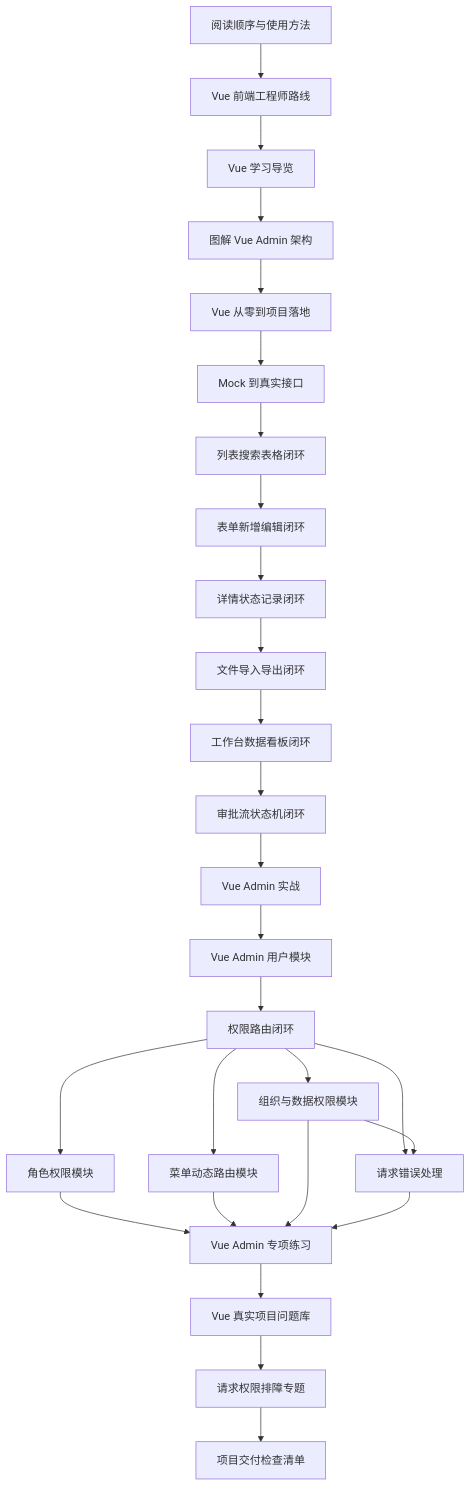
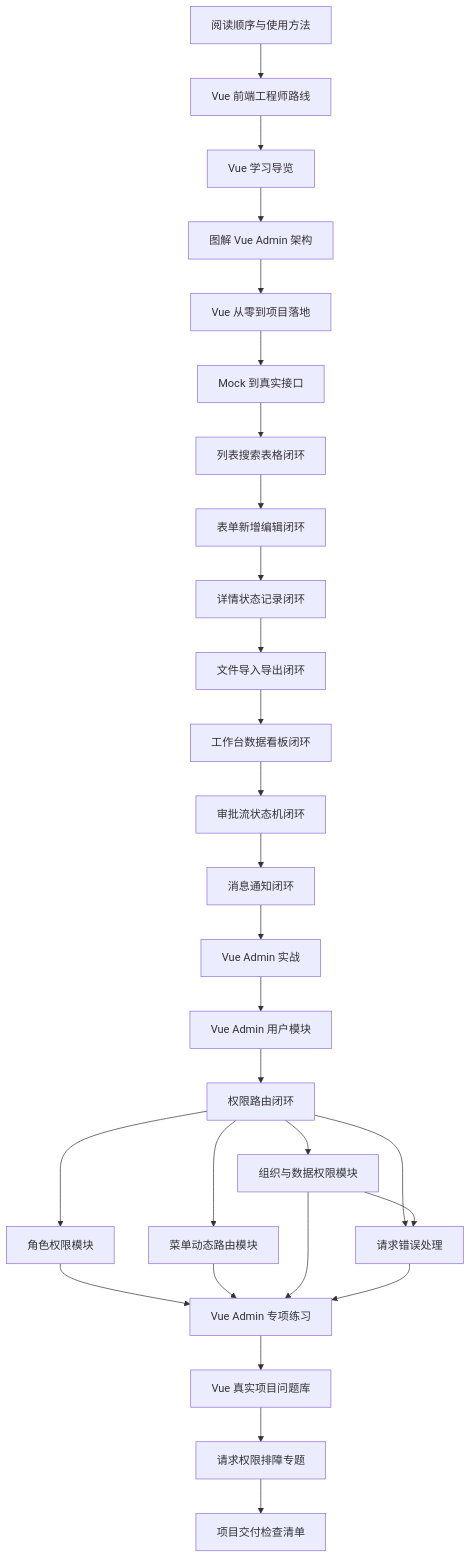
The second of 10 diagrams in docs/roadmap/vue-admin-learning-map.md (yokry-he/yok-study-web), drawn with Mermaid before and after one commit. The commit also changed other lines of this file and 12 other files, not shown here.

Commit message:
docs: add Vue Admin notification center guide

````diff
--- a/docs/roadmap/vue-admin-learning-map.md
+++ b/docs/roadmap/vue-admin-learning-map.md
@@ -56,29 +56,30 @@
 ```mermaid
 flowchart TD
   A["阅读顺序与使用方法"] --> B["Vue 前端工程师路线"]
   B --> C["Vue 学习导览"]
   C --> D["图解 Vue Admin 架构"]
   D --> E["Vue 从零到项目落地"]
   E --> F["Mock 到真实接口"]
   F --> G["列表搜索表格闭环"]
   G --> H["表单新增编辑闭环"]
   H --> I["详情状态记录闭环"]
   I --> J["文件导入导出闭环"]
   J --> K["工作台数据看板闭环"]
   K --> L["审批流状态机闭环"]
-  L --> M["Vue Admin 实战"]
-  M --> N["Vue Admin 用户模块"]
-  N --> O["权限路由闭环"]
-  O --> P["角色权限模块"]
-  O --> Q["菜单动态路由模块"]
-  O --> R["组织与数据权限模块"]
-  O --> S["请求错误处理"]
-  R --> S
-  P --> T["Vue Admin 专项练习"]
-  Q --> T
-  R --> T
+  L --> M["消息通知闭环"]
+  M --> N["Vue Admin 实战"]
+  N --> O["Vue Admin 用户模块"]
+  O --> P["权限路由闭环"]
+  P --> Q["角色权限模块"]
+  P --> R["菜单动态路由模块"]
+  P --> S["组织与数据权限模块"]
+  P --> T["请求错误处理"]
   S --> T
-  T --> U["Vue 真实项目问题库"]
-  U --> V["请求权限排障专题"]
-  V --> W["项目交付检查清单"]
+  Q --> U["Vue Admin 专项练习"]
+  R --> U
+  S --> U
+  T --> U
+  U --> V["Vue 真实项目问题库"]
+  V --> W["请求权限排障专题"]
+  W --> X["项目交付检查清单"]
 ```
````
